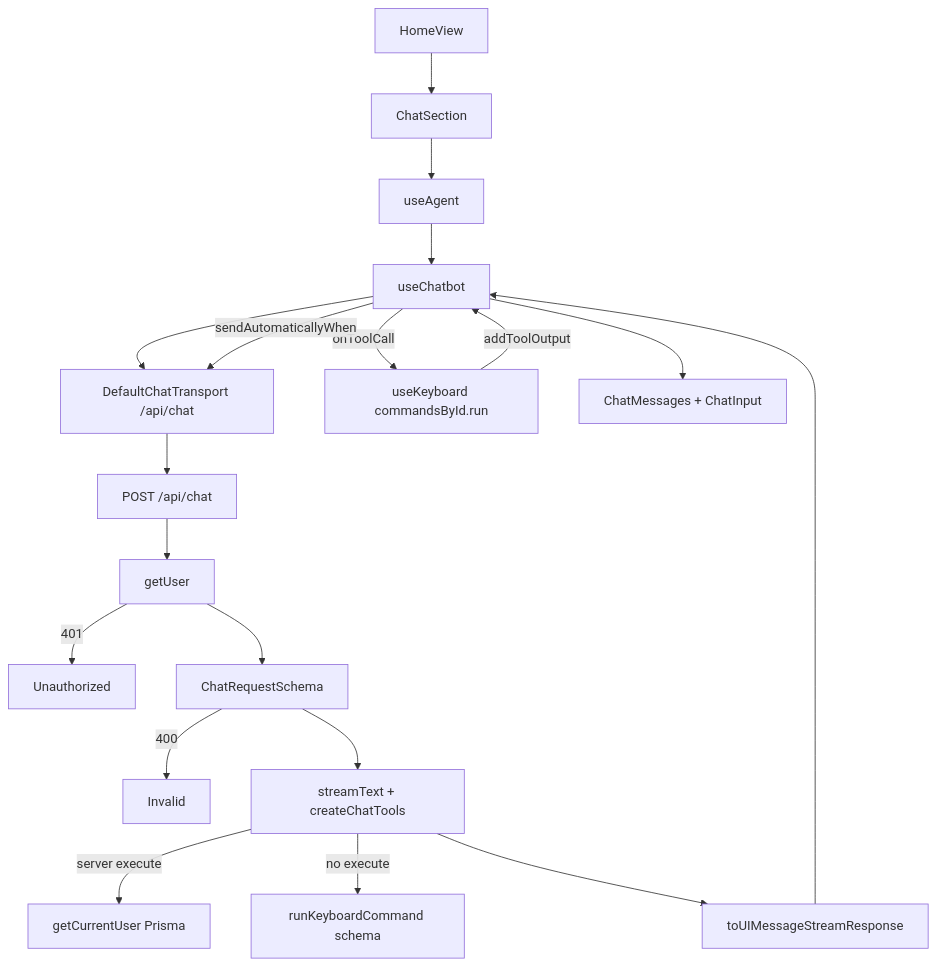
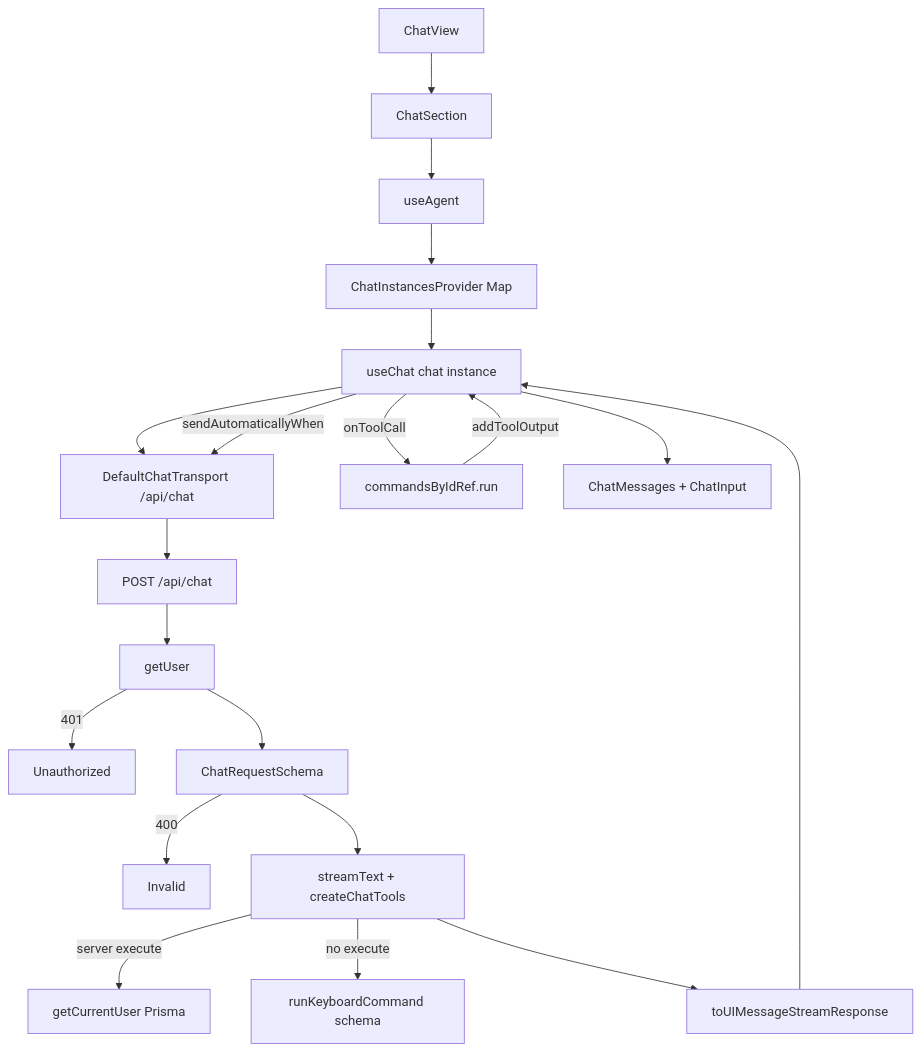
The second of 4 diagrams in docs/chatbot.md (brandon-cercedo/root-next-template), drawn with Mermaid before and after one commit. The commit also changed other lines of this file and 47 other files, not shown here.

````diff
--- a/docs/chatbot.md
+++ b/docs/chatbot.md
@@ -41,21 +66,22 @@
 ```mermaid
 flowchart TD
-  Home["HomeView"] --> Section["ChatSection"]
-  Section --> AgentHook["useAgent"]
-  AgentHook --> Hook["useChatbot"]
-  Hook --> Transport["DefaultChatTransport /api/chat"]
+  View["ChatView"] --> Section["ChatSection"]
+  Section --> Hook["useAgent"]
+  Hook --> Provider["ChatInstancesProvider Map"]
+  Provider --> UseChat["useChat chat instance"]
+  UseChat --> Transport["DefaultChatTransport /api/chat"]
   Transport --> Route["POST /api/chat"]
   Route --> Auth["getUser"]
   Auth -->|401| Unauthorized
   Auth --> Parse["ChatRequestSchema"]
   Parse -->|400| Invalid
   Parse --> Stream["streamText + createChatTools"]
   Stream -->|server execute| GetUser["getCurrentUser Prisma"]
   Stream -->|no execute| KbSchema["runKeyboardCommand schema"]
   Stream --> UI["toUIMessageStreamResponse"]
-  UI --> Hook
-  Hook -->|onToolCall| KbRun["useKeyboard commandsById.run"]
-  KbRun -->|addToolOutput| Hook
-  Hook -->|sendAutomaticallyWhen| Transport
-  Hook --> Messages["ChatMessages + ChatInput"]
+  UI --> UseChat
+  UseChat -->|onToolCall| KbRun["commandsByIdRef.run"]
+  KbRun -->|addToolOutput| UseChat
+  UseChat -->|sendAutomaticallyWhen| Transport
+  UseChat --> Messages["ChatMessages + ChatInput"]
 ```
````
